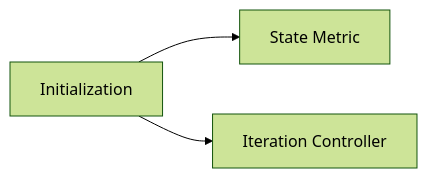
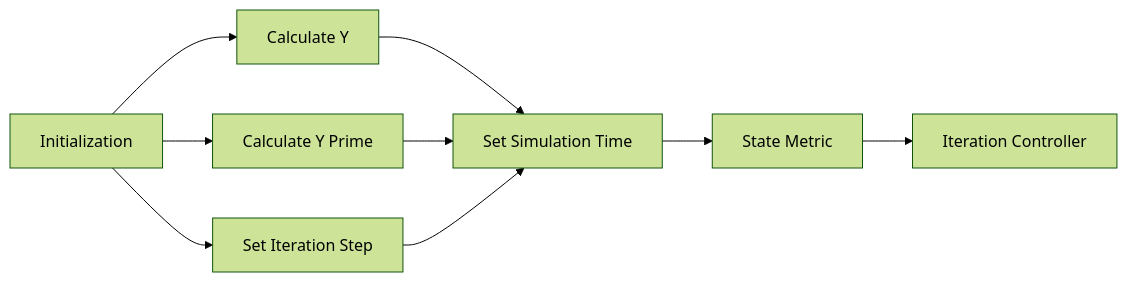
The diagram in GDS/GDS.md (SeanMcOwen/Root-Finding-Simulation), drawn with Mermaid (forest theme) before and after one commit. The commit also changed other lines of this file, not shown here.

````diff
--- a/GDS/GDS.md
+++ b/GDS/GDS.md
@@ -3,5 +3,11 @@
 ```mermaid
 graph LR
-I[Initialization]-->SM[State Metric]
-I[Initialization]-->IC[Iteration Controller]
+I[Initialization]-->Y1[Calculate Y]
+I-->YP1[Calculate Y Prime]
+I-->SIS1[Set Iteration Step]
+Y1-->SST1[Set Simulation Time]
+YP1-->SST1
+SIS1-->SST1
+SST1-->SM1[State Metric]
+SM1-->IC[Iteration Controller]
 ```
````
